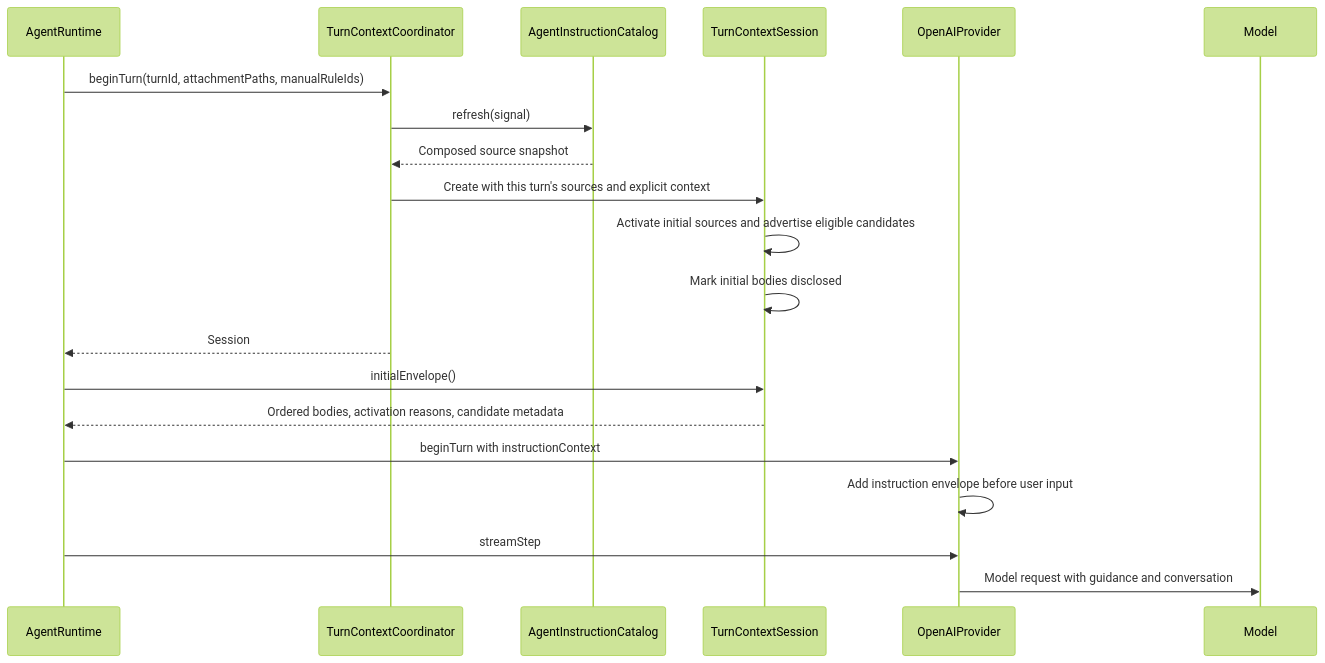
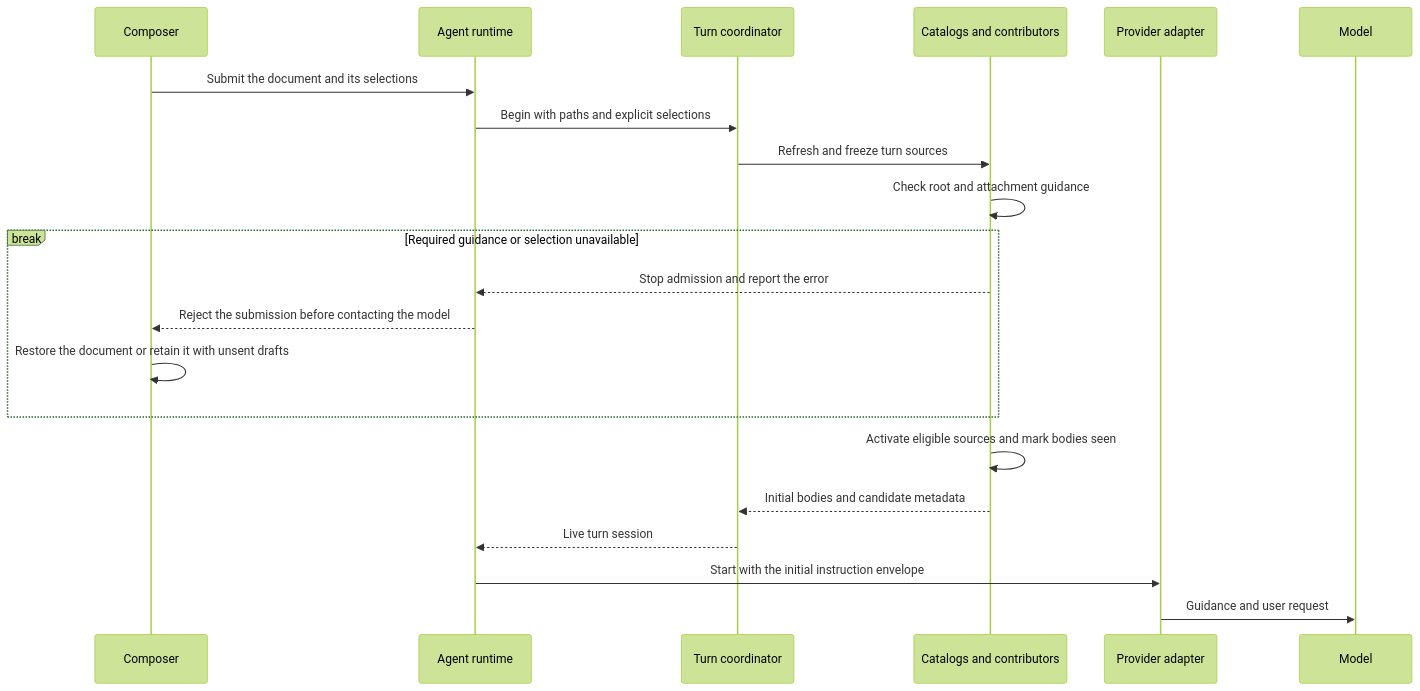
The second of 10 diagrams in docs/AGENT_INSTRUCTIONS.md (danceroutine/Glyph), drawn with Mermaid (forest theme) before and after one commit. The commit also changed other lines of this file and 332 other files, not shown here.

````diff
--- a/docs/AGENT_INSTRUCTIONS.md
+++ b/docs/AGENT_INSTRUCTIONS.md
@@ -90,23 +90,24 @@
 ```mermaid
 sequenceDiagram
-    participant Runtime as AgentRuntime
-    participant Coordinator as TurnContextCoordinator
-    participant Catalog as AgentInstructionCatalog
-    participant Session as TurnContextSession
-    participant Adapter as OpenAIProvider
+    participant Composer
+    participant Run as Agent runtime
+    participant Turn as Turn coordinator
+    participant Sources as Catalogs and contributors
+    participant Adapter as Provider adapter
     participant Model
 
-    Runtime->>Coordinator: beginTurn(turnId, attachmentPaths, manualRuleIds)
-    Coordinator->>Catalog: refresh(signal)
-    Catalog-->>Coordinator: Composed source snapshot
-    Coordinator->>Session: Create with this turn's sources and explicit context
-    Session->>Session: Activate initial sources and advertise eligible candidates
-    Session->>Session: Mark initial bodies disclosed
-    Coordinator-->>Runtime: Session
-    Runtime->>Session: initialEnvelope()
-    Session-->>Runtime: Ordered bodies, activation reasons, candidate metadata
-    Runtime->>Adapter: beginTurn with instructionContext
-    Adapter->>Adapter: Add instruction envelope before user input
-    Runtime->>Adapter: streamStep
-    Adapter->>Model: Model request with guidance and conversation
+    Composer->>Run: Submit the document and its selections
+    Run->>Turn: Begin with paths and explicit selections
+    Turn->>Sources: Refresh and freeze turn sources
+    Sources->>Sources: Check root and attachment guidance
+    break Required guidance or selection unavailable
+        Sources-->>Run: Stop admission and report the error
+        Run-->>Composer: Reject the submission before contacting the model
+        Composer->>Composer: Restore the document or retain it with unsent drafts
+    end
+    Sources->>Sources: Activate eligible sources and mark bodies seen
+    Sources-->>Turn: Initial bodies and candidate metadata
+    Turn-->>Run: Live turn session
+    Run->>Adapter: Start with the initial instruction envelope
+    Adapter->>Model: Guidance and user request
 ```
````
